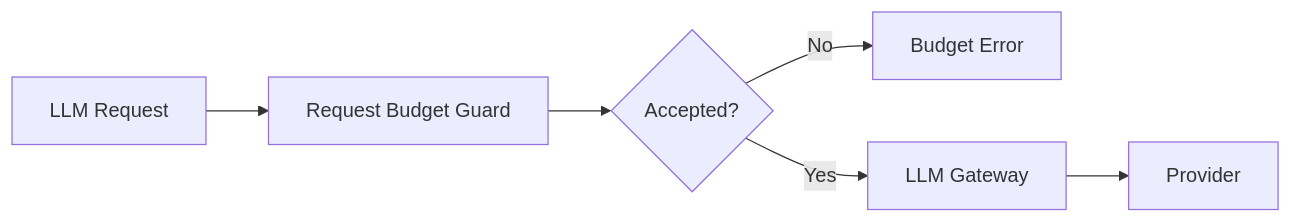
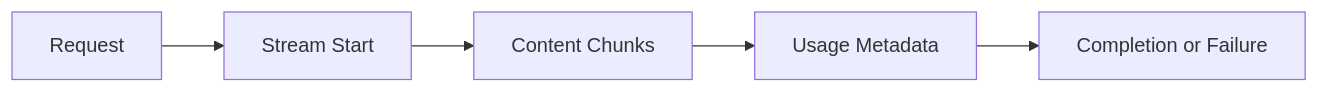
Before and after one commit to mzaid-dev/Bro_to_FAANG-exe: diagram 22 of 24 in 1_Bro_Became_AI_Engineer/01_Daily_Learning/Week_01/03_Provider_Adapter/Project/llm_gateway/docs/LLM_Gateway_Engineering_Project_Note.md, drawn with Mermaid. The commit also changed other lines of this file and 4 other files, not shown here.

Commit message:
docs(llm-gateway): update documentation and readme

````diff
--- a/1_Bro_Became_AI_Engineer/01_Daily_Learning/Week_01/03_Provider_Adapter/Project/llm_gateway/docs/LLM_Gateway_Engineering_Project_Note.md
+++ b/1_Bro_Became_AI_Engineer/01_Daily_Learning/Week_01/03_Provider_Adapter/Project/llm_gateway/docs/LLM_Gateway_Engineering_Project_Note.md
@@ -1133,8 +1039,7 @@
 ```mermaid
 flowchart LR
-    REQUEST["LLM Request"] --> BUDGET["Request Budget Guard"]
-    BUDGET --> DECISION{"Accepted?"}
-    DECISION -->|No| REJECT["Budget Error"]
-    DECISION -->|Yes| GATEWAY["LLM Gateway"]
-    GATEWAY --> PROVIDER["Provider"]
+    REQUEST["Request"] --> START["Stream Start"]
+    START --> CHUNKS["Content Chunks"]
+    CHUNKS --> USAGE["Usage Metadata"]
+    USAGE --> END["Completion or Failure"]
 ```
````
